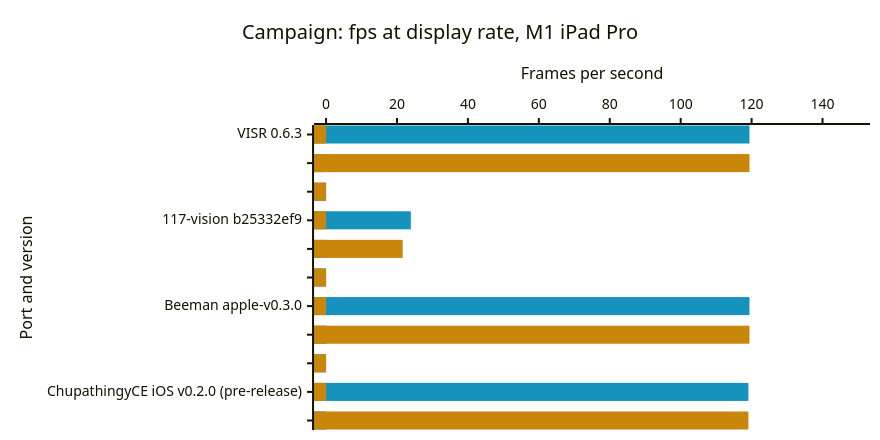
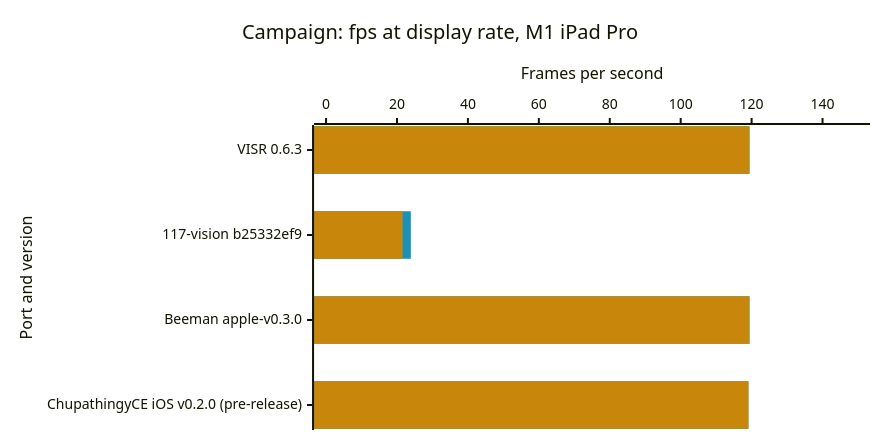
Before and after one commit to steverice/visr: the second of 6 diagrams in docs/benchmarks.md, drawn with Mermaid. The commit also changed other lines of this file and 6 other files, not shown here.

First line of the commit message:
📝 docs(benchmarks): draw each build as one band with its average and 1% low bars touching — `groupBars` splits Mermaid's overlapping series into the band's upper and lower halves, replacing the blank-label rows

````diff
--- a/docs/benchmarks.md
+++ b/docs/benchmarks.md
@@ -48,17 +48,17 @@
 ```mermaid
 ---
 config:
   xyChart:
     width: 860
     height: 420
   themeVariables:
     xyChart:
       plotColorPalette: "#1593bd, #c8870a"
 ---
 xychart-beta horizontal
     title "Campaign: fps at display rate, M1 iPad Pro"
-    x-axis "Port and version" ["VISR 0.6.3", "⠀⠀", "⠀⠀⠀", "117-vision b25332ef9", "⠀⠀⠀⠀⠀", "⠀⠀⠀⠀⠀⠀", "Beeman apple-v0.3.0", "⠀⠀⠀⠀⠀⠀⠀⠀", "⠀⠀⠀⠀⠀⠀⠀⠀⠀", "ChupathingyCE iOS v0.2.0 (pre-release)", "⠀⠀⠀⠀⠀⠀⠀⠀⠀⠀⠀"]
+    x-axis "Port and version" ["VISR 0.6.3", "117-vision b25332ef9", "Beeman apple-v0.3.0", "ChupathingyCE iOS v0.2.0 (pre-release)"]
     y-axis "Frames per second" 0 --> 150
-    bar [119.4, 0, 0, 23.9, 0, 0, 119.4, 0, 0, 119.1, 0]
-    bar [0, 119.4, 0, 0, 21.6, 0, 0, 119.4, 0, 0, 119.1]
+    bar [119.4, 23.9, 119.4, 119.1]
+    bar [119.4, 21.6, 119.4, 119.1]
 ```
````
